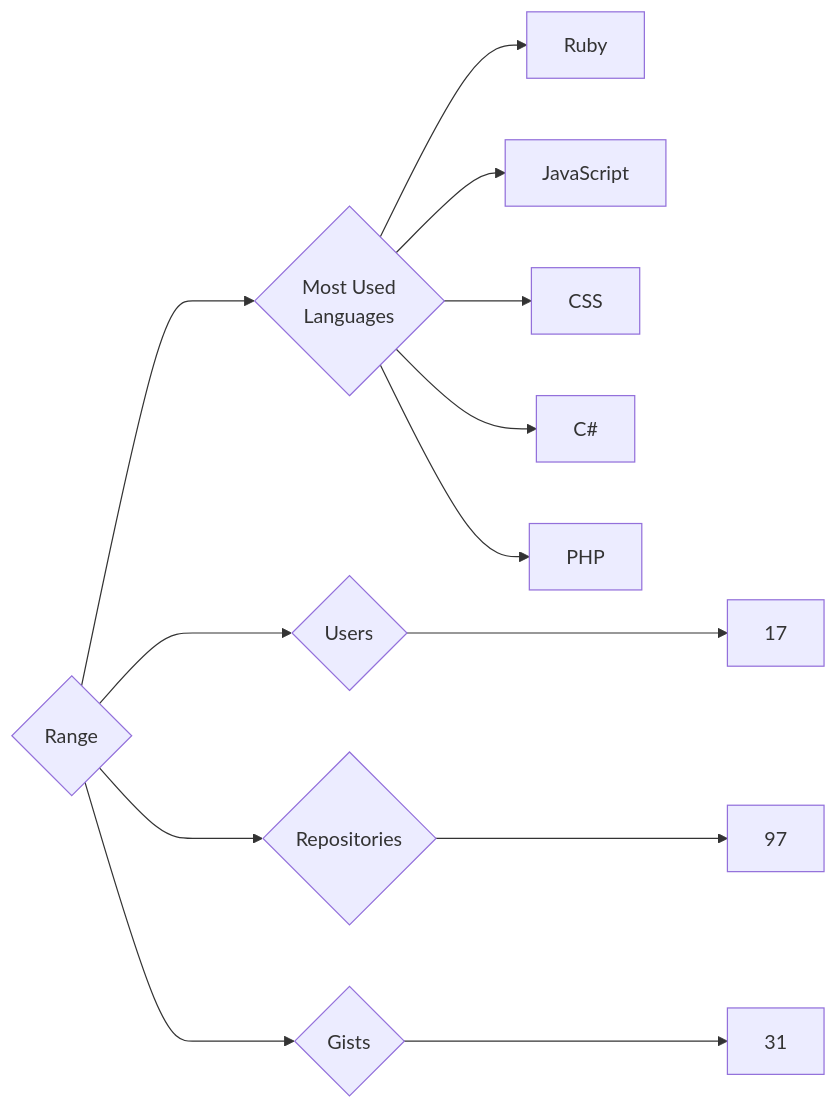
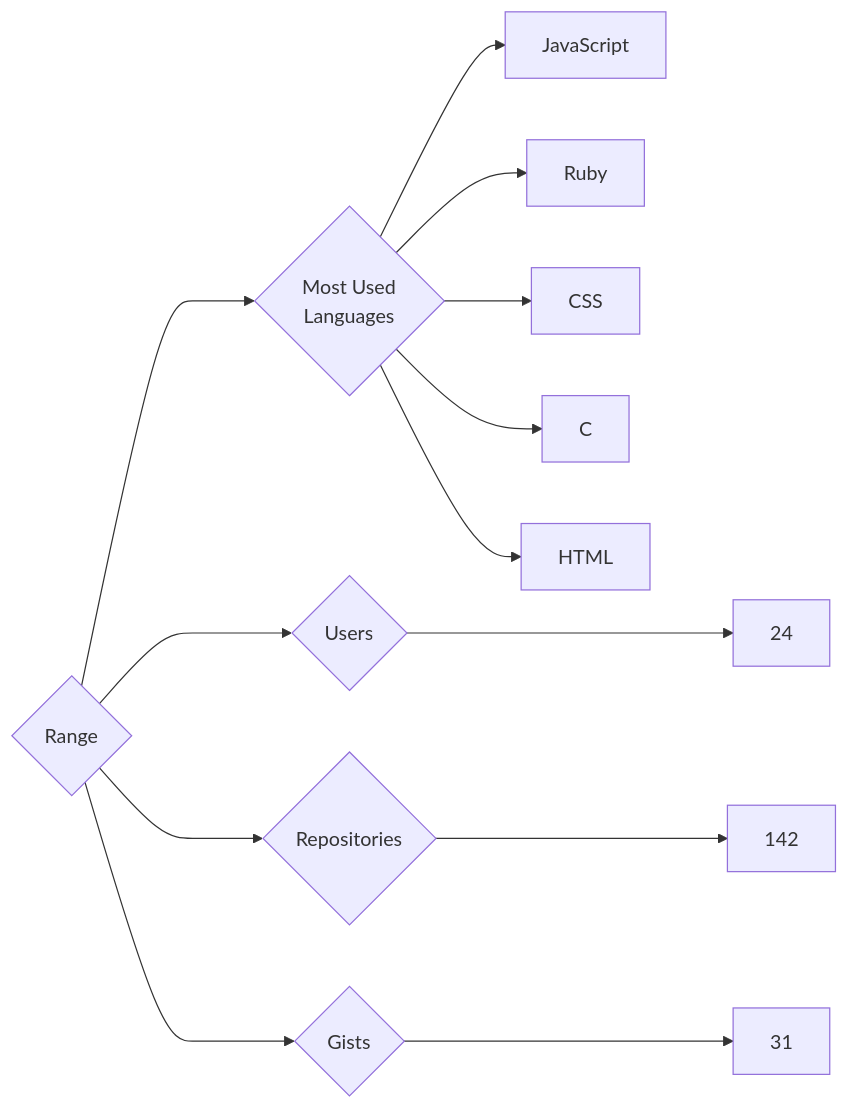
The diagram in targets/Range/README.md (trickest/insiders), drawn with Mermaid before and after one commit. The commit also changed 770 other files, not shown here.

````diff
--- a/targets/Range/README.md
+++ b/targets/Range/README.md
@@ -3,13 +3,13 @@
 ```mermaid
 graph LR
 COMPANY_NAME{Range}
-COMPANY_NAME ---> U{Users} ---> UN[17]
-COMPANY_NAME ---> R{Repositories} ---> RN[97]
+COMPANY_NAME ---> U{Users} ---> UN[24]
+COMPANY_NAME ---> R{Repositories} ---> RN[142]
 COMPANY_NAME ---> G{Gists} ---> GN[31]
 COMPANY_NAME ---> ML{Most Used<br>Languages}
+ML --> JavaScript[JavaScript]
 ML --> Ruby[Ruby]
-ML --> JavaScript[JavaScript]
 ML --> CSS[CSS]
-ML --> C#[C#]
-ML --> PHP[PHP]
+ML --> C[C]
+ML --> HTML[HTML]
 ```
````
